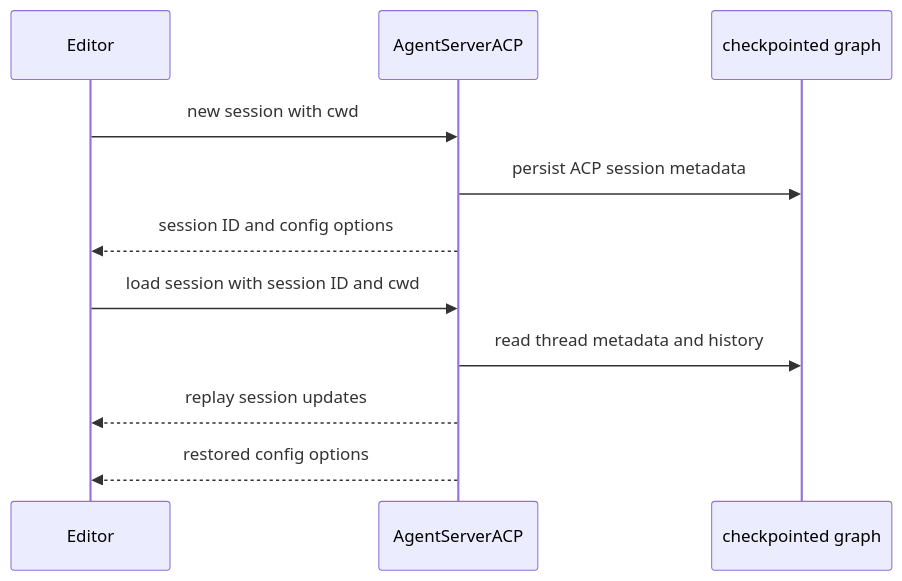
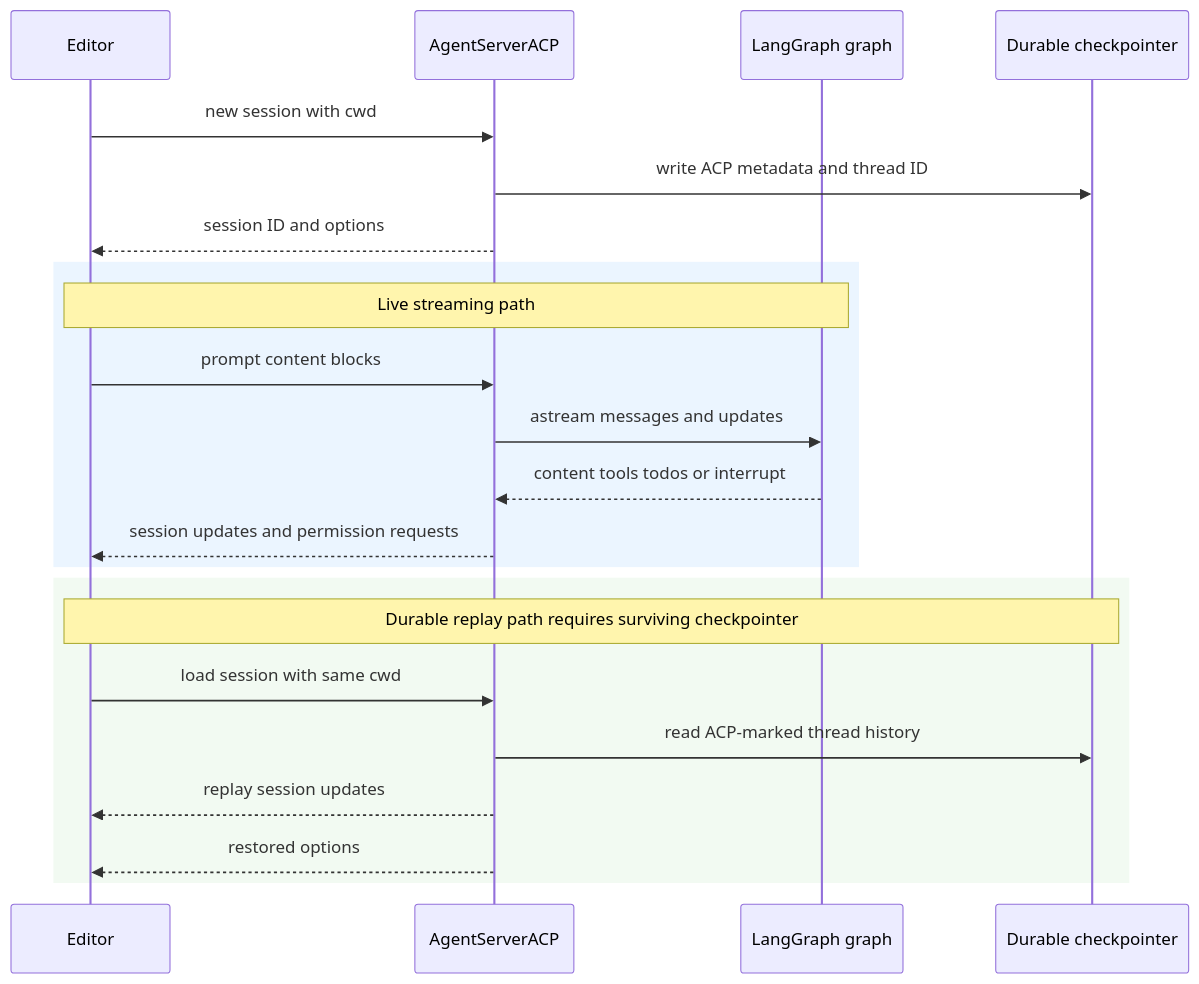
Before and after one commit to langchain-ai/deepagents: the diagram in openwiki/integrations/acp.md, drawn with Mermaid. The commit also changed other lines of this file and 56 other files, not shown here.

````diff
--- a/openwiki/integrations/acp.md
+++ b/openwiki/integrations/acp.md
@@ -70,13 +78,24 @@
 ```mermaid
 sequenceDiagram
     participant Editor
     participant Adapter as AgentServerACP
-    participant Graph as checkpointed graph
+    participant Graph as LangGraph graph
+    participant Store as Durable checkpointer
     Editor->>Adapter: new session with cwd
-    Adapter->>Graph: persist ACP session metadata
-    Adapter-->>Editor: session ID and config options
-    Editor->>Adapter: load session with session ID and cwd
-    Adapter->>Graph: read thread metadata and history
-    Adapter-->>Editor: replay session updates
-    Adapter-->>Editor: restored config options
+    Adapter->>Store: write ACP metadata and thread ID
+    Adapter-->>Editor: session ID and options
+    rect rgb(235, 245, 255)
+        Note over Editor,Graph: Live streaming path
+        Editor->>Adapter: prompt content blocks
+        Adapter->>Graph: astream messages and updates
+        Graph-->>Adapter: content tools todos or interrupt
+        Adapter-->>Editor: session updates and permission requests
+    end
+    rect rgb(242, 250, 242)
+        Note over Editor,Store: Durable replay path requires surviving checkpointer
+        Editor->>Adapter: load session with same cwd
+        Adapter->>Store: read ACP-marked thread history
+        Adapter-->>Editor: replay session updates
+        Adapter-->>Editor: restored options
+    end
 ```
````
